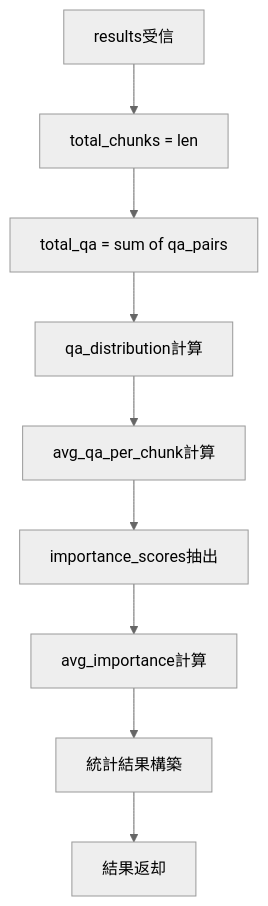
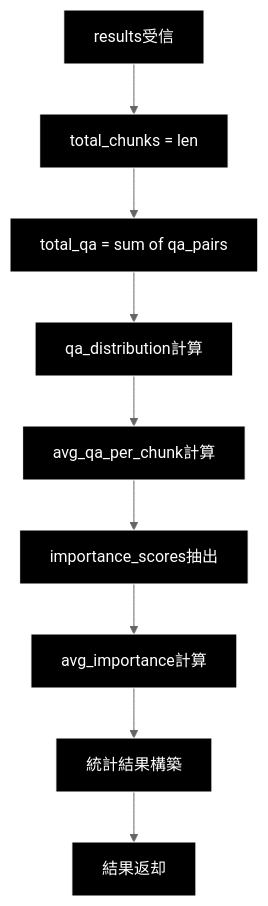
The sixth of 6 diagrams in qa_generation/doc/smart_qa_generator.md (nakashima2toshio/ollama_grace_agent_v2), drawn with Mermaid (neutral theme) before and after one commit. The commit also changed other lines of this file and 7 other files, not shown here.

````diff
--- a/qa_generation/doc/smart_qa_generator.md
+++ b/qa_generation/doc/smart_qa_generator.md
@@ -378,11 +326,14 @@
 ```mermaid
 flowchart TD
-    A[results受信] --> B[total_chunks = len]
-    B --> C[total_qa = sum of qa_pairs]
-    C --> D[qa_distribution計算]
-    D --> E[avg_qa_per_chunk計算]
-    E --> F[importance_scores抽出]
-    F --> G[avg_importance計算]
-    G --> H[統計結果構築]
-    H --> I[結果返却]
+    A["results受信"] --> B["total_chunks = len"]
+    B --> C["total_qa = sum of qa_pairs"]
+    C --> D["qa_distribution計算"]
+    D --> E["avg_qa_per_chunk計算"]
+    E --> F["importance_scores抽出"]
+    F --> G["avg_importance計算"]
+    G --> H["統計結果構築"]
+    H --> I["結果返却"]
+classDef default fill:#000,stroke:#fff,color:#fff
+classDef subgraphStyle fill:#1a1a1a,stroke:#fff,color:#fff
+class A,B,C,D,E,F,G,H,I default
 ```
````
